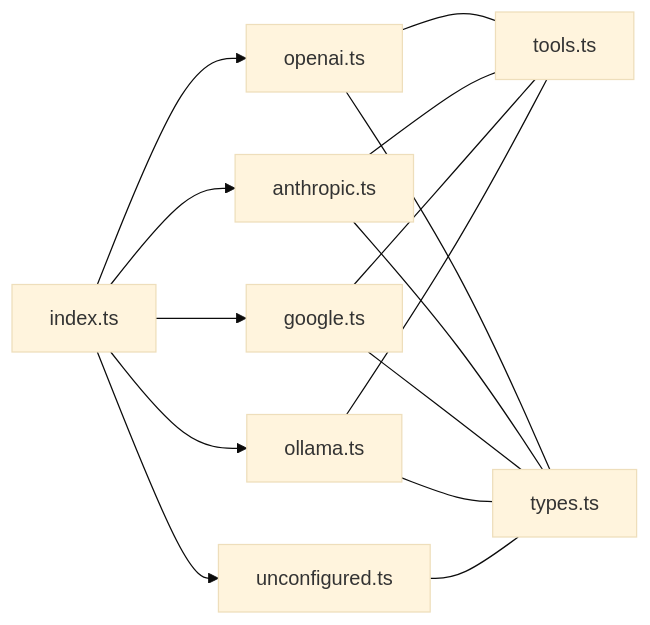
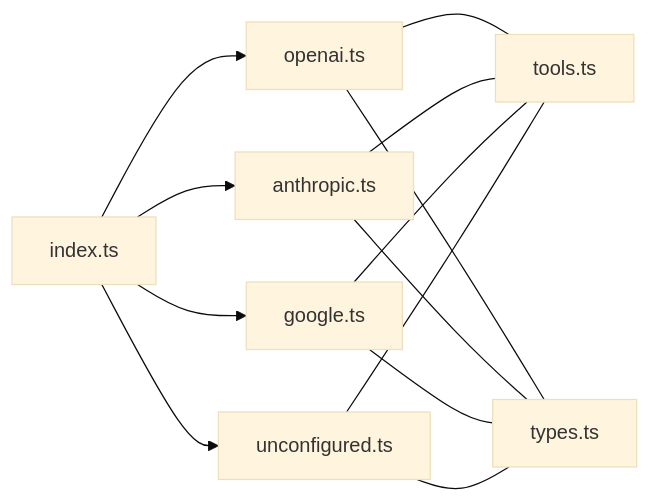
The eighth of 8 diagrams in .qoder/repowiki/en/content/AI Generation Engine/AI Provider Adapters/Provider-Specific Implementations.md (shekhargiri005-dotcom/AI-powered-accessibility-first-UI-engine), drawn with Mermaid (base theme) before and after one commit. The commit also changed other lines of this file and 7 other files, not shown here.

````diff
--- a/.qoder/repowiki/en/content/AI Generation Engine/AI Provider Adapters/Provider-Specific Implementations.md
+++ b/.qoder/repowiki/en/content/AI Generation Engine/AI Provider Adapters/Provider-Specific Implementations.md
@@ -350,17 +346,15 @@
 ```mermaid
 graph LR
 IDX["index.ts"] --> OA["openai.ts"]
 IDX --> AA["anthropic.ts"]
 IDX --> GA["google.ts"]
-IDX --> OA2["ollama.ts"]
 IDX --> UA["unconfigured.ts"]
 OA --- TOOL["tools.ts"]
 AA --- TOOL
 GA --- TOOL
-OA2 --- TOOL
+UA --- TOOL
 OA --- TYPES["types.ts"]
 AA --- TYPES
 GA --- TYPES
-OA2 --- TYPES
 UA --- TYPES
 ```
````
